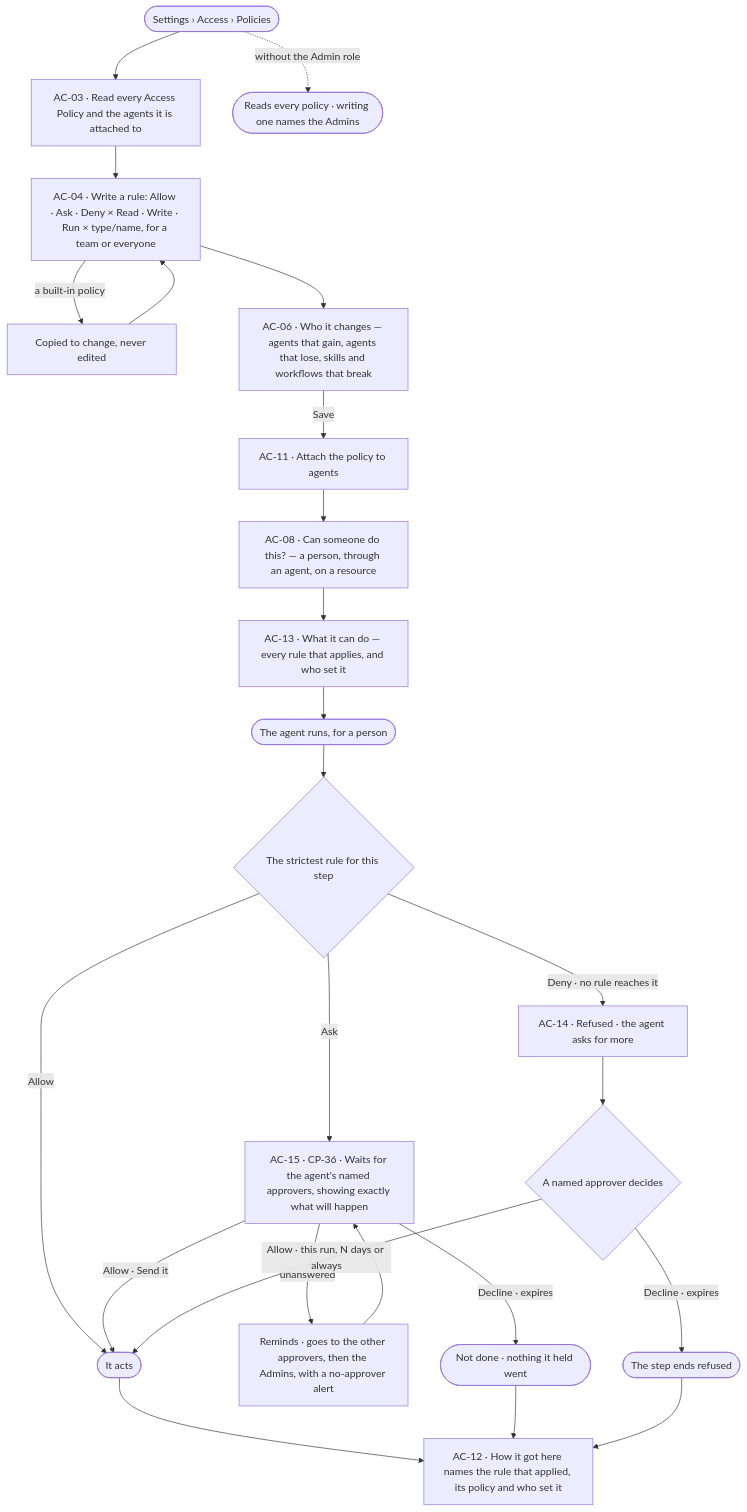
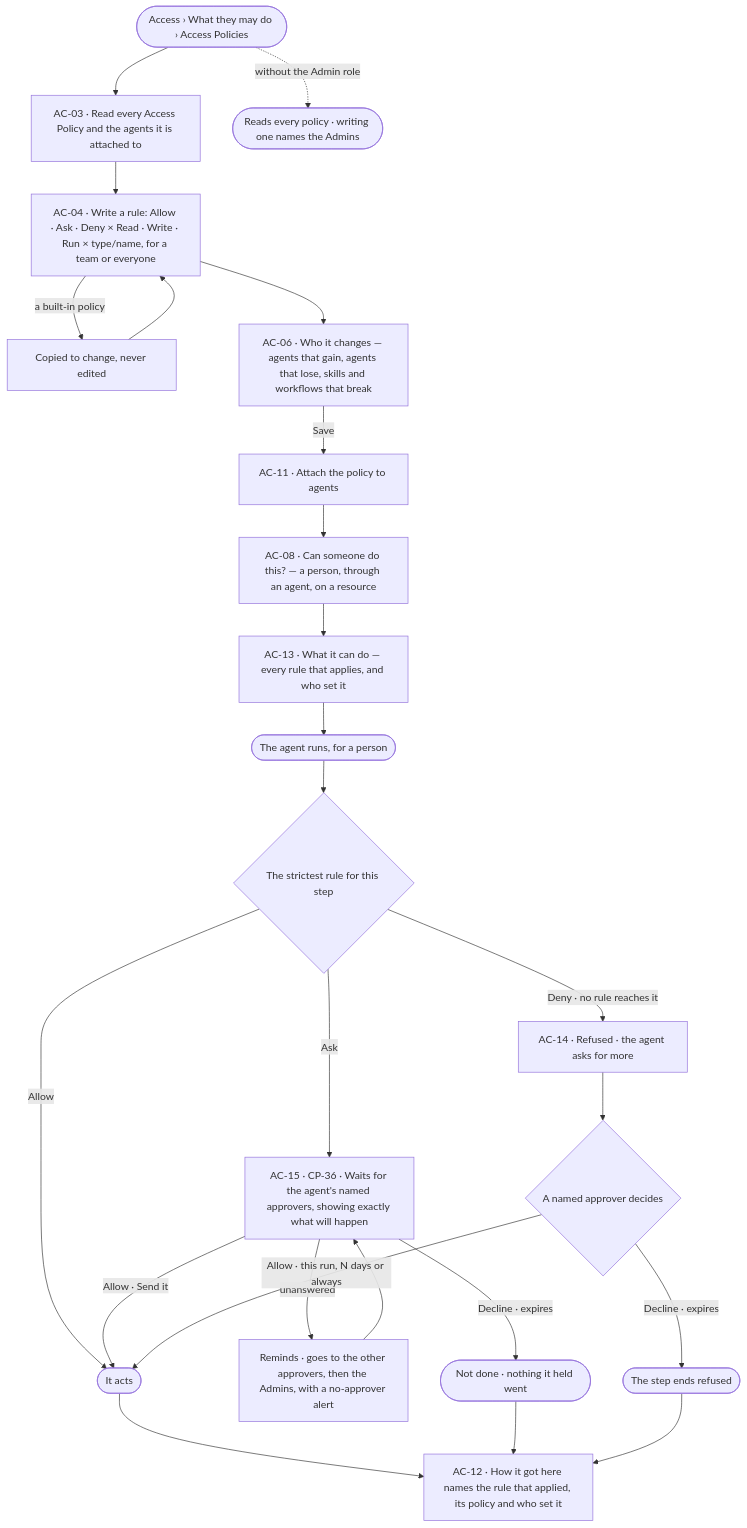
Before and after one commit to invana/invana: the first of 2 diagrams in specs/journeys/J06-set-what-an-agent-may-touch.md, drawn with Mermaid. The commit also changed 133 other files, not shown here.

````diff
--- a/specs/journeys/J06-set-what-an-agent-may-touch.md
+++ b/specs/journeys/J06-set-what-an-agent-may-touch.md
@@ -16,25 +16,25 @@
 ```mermaid
 flowchart TD
-  A([Settings › Access › Policies]) --> R["AC-03 · Read every Access Policy and the agents it is attached to"]
+  A([Access › What they may do › Access Policies]) --> R["AC-03 · Read every Access Policy and the agents it is attached to"]
   R --> B["AC-04 · Write a rule: Allow · Ask · Deny × Read · Write · Run × type/name, for a team or everyone"]
   B -->|a built-in policy| BX["Copied to change, never edited"] --> B
   B --> C["AC-06 · Who it changes — agents that gain, agents that lose, skills and workflows that break"]
   C -->|Save| D["AC-11 · Attach the policy to agents"]
   D --> T["AC-08 · Can someone do this? — a person, through an agent, on a resource"]
   T --> F["AC-13 · What it can do — every rule that applies, and who set it"]
   F --> G([The agent runs, for a person])
   G --> H{"The strictest rule for this step"}
   H -->|Allow| I(["It acts"])
   H -->|Ask| J["AC-15 · CP-36 · Waits for the agent's named approvers, showing exactly what will happen"]
   J -->|Allow · Send it| I
   J -->|unanswered| J1["Reminds · goes to the other approvers, then the Admins, with a no-approver alert"] --> J
   J -->|Decline · expires| K(["Not done · nothing it held went"])
   H -->|Deny · no rule reaches it| L["AC-14 · Refused · the agent asks for more"]
   L --> M{"A named approver decides"}
   M -->|Allow · this run, N days or always| I
   M -->|Decline · expires| N(["The step ends refused"])
   I --> X["AC-12 · How it got here names the rule that applied, its policy and who set it"]
   K --> X
   N --> X
   A -.->|without the Admin role| NA(["Reads every policy · writing one names the Admins"])
 ```
````
